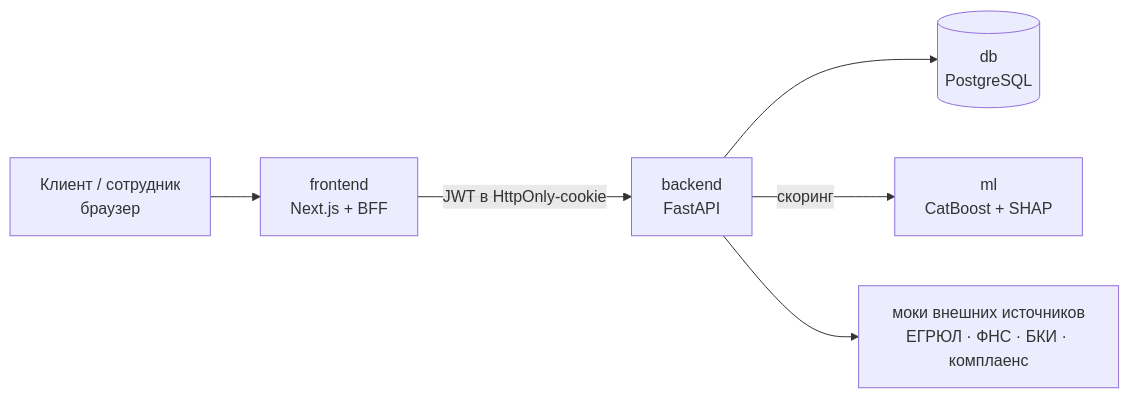
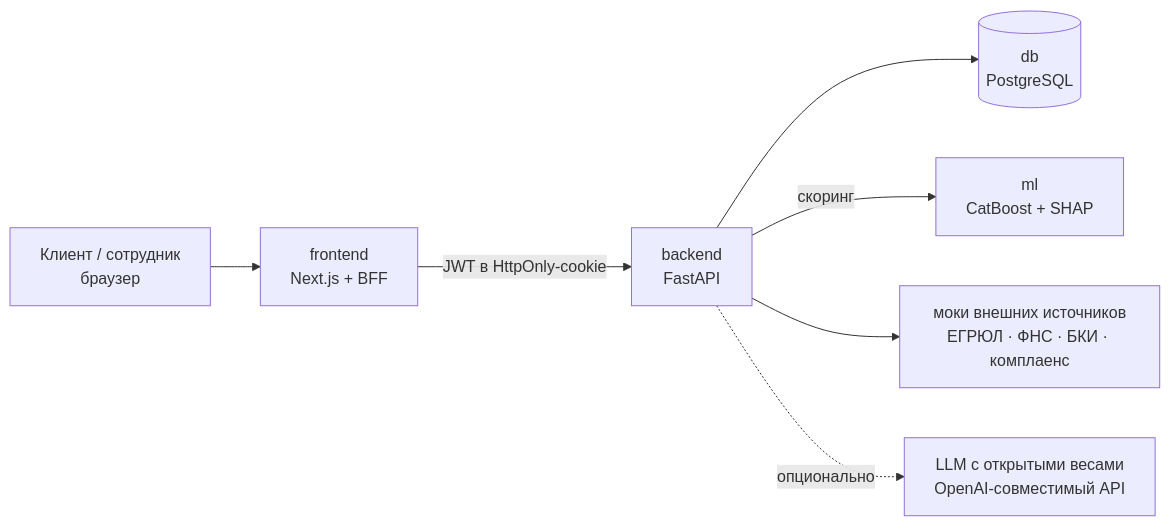
The first of 2 diagrams in README.md (makarovaeva/smart-credit-online-office), drawn with Mermaid before and after one commit. The commit also changed other lines of this file and 28 other files, not shown here.

Commit message:
Add AI agent chat with rule-based replies, optional open-weights LLM and application event messages

````diff
--- a/README.md
+++ b/README.md
@@ -94,8 +94,9 @@
 ```mermaid
 flowchart LR
     U[Клиент / сотрудник<br/>браузер] --> FE[frontend<br/>Next.js + BFF]
     FE -->|JWT в HttpOnly-cookie| BE[backend<br/>FastAPI]
     BE --> DB[(db<br/>PostgreSQL)]
     BE -->|скоринг| ML[ml<br/>CatBoost + SHAP]
     BE --> MOCK[моки внешних источников<br/>ЕГРЮЛ · ФНС · БКИ · комплаенс]
+    BE -.->|опционально| LLM[LLM с открытыми весами<br/>OpenAI-совместимый API]
 ```
````
